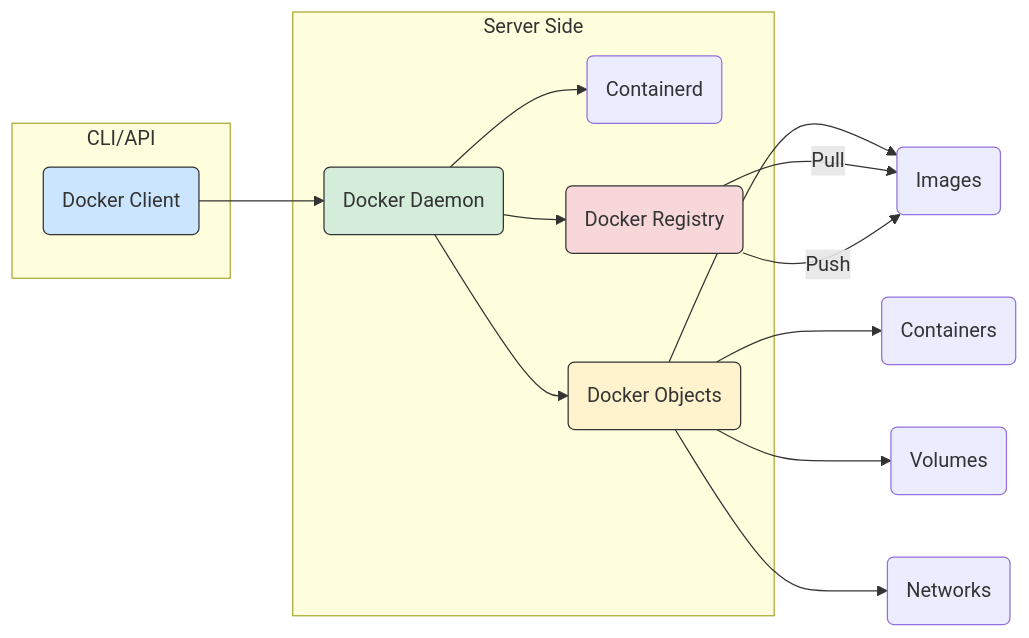
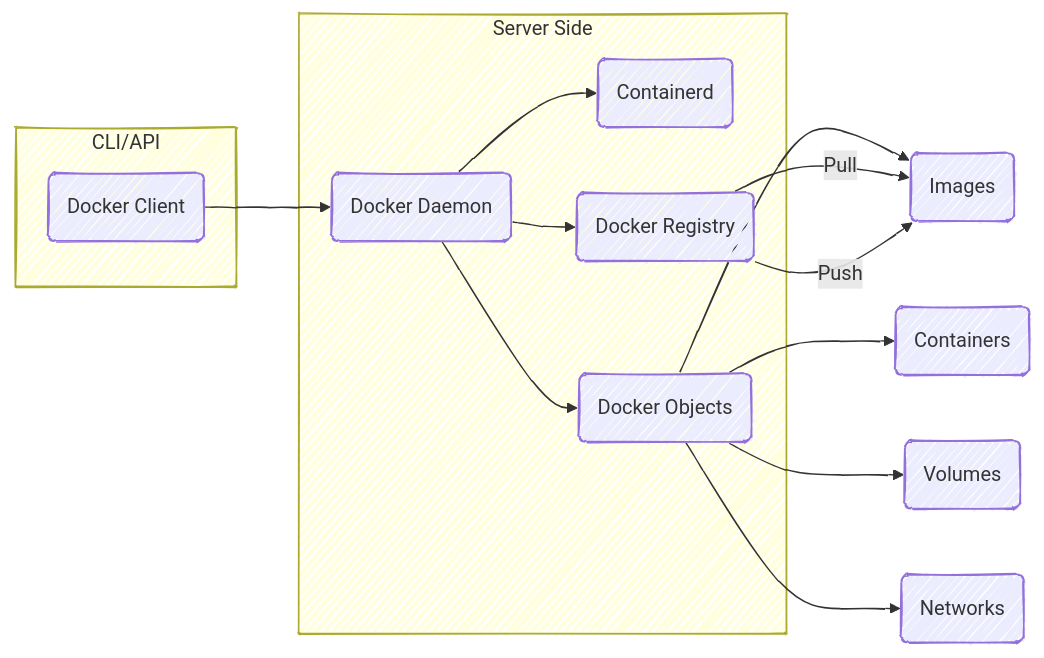
Before and after one commit to faizanmsiddiqui/faizanmsiddiqui.github.io: the first of 2 diagrams in pages/docker-versus-podman-a-comparison/index.mdx, drawn with Mermaid. The commit also changed other lines of this file, not shown here.

First line of the commit message:
🎨 style(mermaid): update diagram styles for clarity

````diff
--- a/pages/docker-versus-podman-a-comparison/index.mdx
+++ b/pages/docker-versus-podman-a-comparison/index.mdx
@@ -68,29 +68,28 @@
 ```mermaid
+---
+config:
+  look: handDrawn
+---
 graph LR
     A(Docker Client) --> B(Docker Daemon)
     B --> C(Containerd)
     B --> D(Docker Objects)
     D --> D1(Images)
     D --> D2(Containers)
     D --> D3(Volumes)
     D --> D4(Networks)
     B --> E(Docker Registry)
     E -->|Pull| D1
     E -->|Push| D1
 
     subgraph CLI/API
         A
     end
 
     subgraph Server Side
         B
         C
         D
         E
     end
-
-    style A fill:#cce5ff,stroke:#333,stroke-width:1px
-    style B fill:#d4edda,stroke:#333,stroke-width:1px
-    style D fill:#fff3cd,stroke:#333,stroke-width:1px
-    style E fill:#f8d7da,stroke:#333,stroke-width:1px
 ```
````
